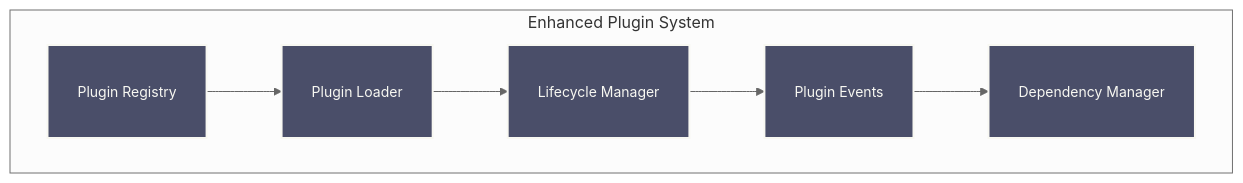
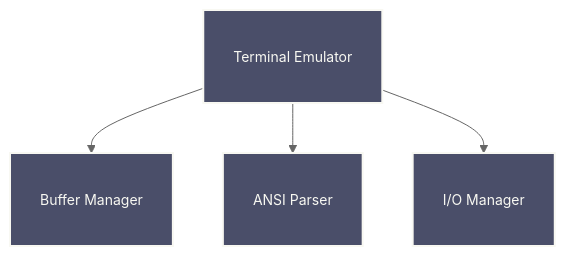
One commit to Hydepwns/raxol changed the fourth of 6 diagrams in docs/ARCHITECTURE.md. Above: the diagram before and after it, drawn with Mermaid (neutral theme). The commit also changed other lines of this file and 2 other files, not shown here.

````diff
--- a/docs/ARCHITECTURE.md
+++ b/docs/ARCHITECTURE.md
@@ -196,18 +82,14 @@
 ```mermaid
 graph TB
-    subgraph PluginSystem["Enhanced Plugin System"]
-        Registry[Plugin Registry]
-        Loader[Plugin Loader]
-        Lifecycle[Lifecycle Manager]
-        Events[Plugin Events]
-        Dependencies[Dependency Manager]
-    end
+    Emulator[Terminal Emulator]
+    Buffer[Buffer Manager]
+    Parser[ANSI Parser]
+    IO[I/O Manager]
 
-    Registry --> Loader
-    Loader --> Lifecycle
-    Lifecycle --> Events
-    Events --> Dependencies
+    Emulator --> Buffer
+    Emulator --> Parser
+    Emulator --> IO
 
     classDef component fill:#4a4e69,stroke:#f8f8f2,stroke-width:2px,color:#f8f8f2,font-size:14px,padding:6px;
-    class Registry,Loader,Lifecycle,Events,Dependencies component;
+    class Emulator,Buffer,Parser,IO component;
 ```
````
